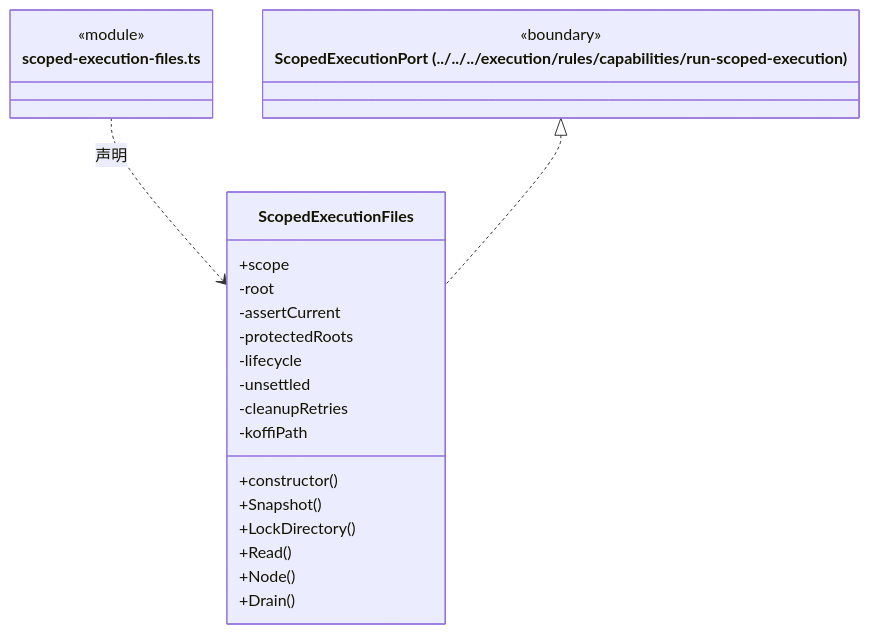
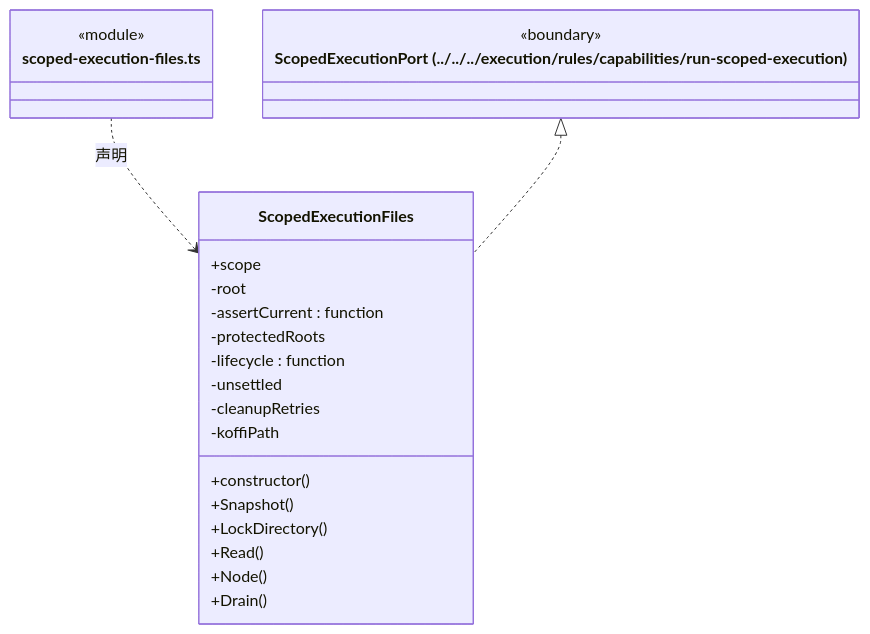
One commit to nan023062/cbim changed diagram 12 of 14 in src/logic/file-operations/platform/files/ARCHITECTURE.md. Above: the diagram before and after it, drawn with Mermaid. The commit also changed other lines of this file and 137 other files, not shown here.

Commit message:
fix: align architecture generator with documentation standards

````diff
--- a/src/logic/file-operations/platform/files/ARCHITECTURE.md
+++ b/src/logic/file-operations/platform/files/ARCHITECTURE.md
@@ -318,27 +334,27 @@
 ```mermaid
 classDiagram
 class N_src_logic_file_operations_platform_files_scoped_execution_files_ts["scoped-execution-files.ts"] {
   <<module>>
 }
 class N_src_logic_file_operations_platform_files_scoped_execution_files_ts_ScopedExecutionFiles["ScopedExecutionFiles"] {
   +scope
   +constructor()
   +Snapshot()
   +LockDirectory()
   +Read()
   +Node()
   +Drain()
   -root
-  -assertCurrent
+  -assertCurrent : function
   -protectedRoots
-  -lifecycle
+  -lifecycle : function
   -unsettled
   -cleanupRetries
   -koffiPath
 }
 N_src_logic_file_operations_platform_files_scoped_execution_files_ts ..> N_src_logic_file_operations_platform_files_scoped_execution_files_ts_ScopedExecutionFiles : 声明
 class N_src_logic_file_operations_platform_files_scoped_execution_files_ts_external_ScopedExecutionPort["ScopedExecutionPort (../../../execution/rules/capabilities/run-scoped-execution)"] {
   <<boundary>>
 }
 N_src_logic_file_operations_platform_files_scoped_execution_files_ts_external_ScopedExecutionPort <|.. N_src_logic_file_operations_platform_files_scoped_execution_files_ts_ScopedExecutionFiles
 ```
````
